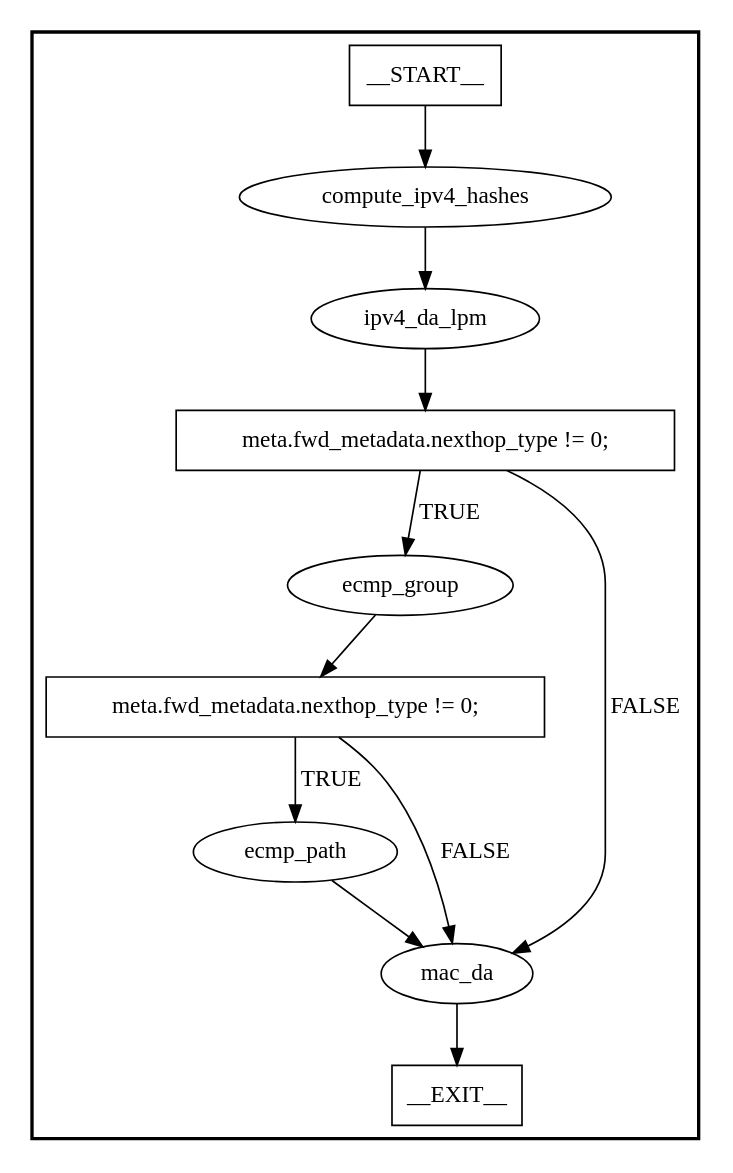
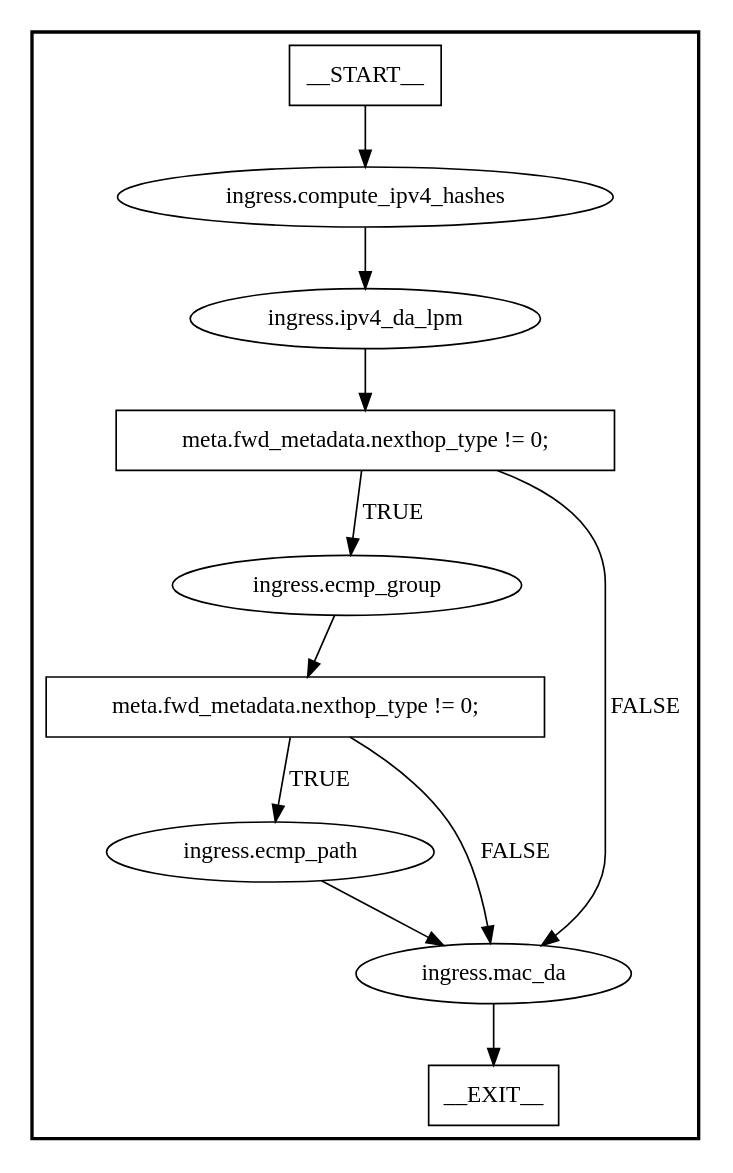
Before and after one commit to jafingerhut/p4-guide: the diagram in demo3/graphs/ingress.dot, drawn with Graphviz. The commit also changed 32 other files, not shown here.

Commit message:
Update .dot and .png graphs to those generated with p4c-graphs of 2018-Oct-20

```diff
--- a/demo3/graphs/ingress.dot
+++ b/demo3/graphs/ingress.dot
@@ -1,25 +1,25 @@
 digraph ingress {
 subgraph cluster {
 graph [
 label="", labeljust=r, style=bold];
 0[label=__START__, margin="", shape=rectangle, style=solid];
 1[label=__EXIT__, margin="", shape=rectangle, style=solid];
-2[label=compute_ipv4_hashes, margin="", shape=ellipse, style=solid];
-3[label=ipv4_da_lpm, margin="", shape=ellipse, style=solid];
+2[label="ingress.compute_ipv4_hashes", margin="", shape=ellipse, style=solid];
+3[label="ingress.ipv4_da_lpm", margin="", shape=ellipse, style=solid];
 4[label="meta.fwd_metadata.nexthop_type != 0;", margin="", shape=rectangle, style=solid];
-5[label=ecmp_group, margin="", shape=ellipse, style=solid];
+5[label="ingress.ecmp_group", margin="", shape=ellipse, style=solid];
 6[label="meta.fwd_metadata.nexthop_type != 0;", margin="", shape=rectangle, style=solid];
-7[label=ecmp_path, margin="", shape=ellipse, style=solid];
-8[label=mac_da, margin="", shape=ellipse, style=solid];
+7[label="ingress.ecmp_path", margin="", shape=ellipse, style=solid];
+8[label="ingress.mac_da", margin="", shape=ellipse, style=solid];
 0 -> 2[label=""];
 2 -> 3[label=""];
 3 -> 4[label=""];
 4 -> 5[label=TRUE];
 4 -> 8[label=FALSE];
 5 -> 6[label=""];
 6 -> 7[label=TRUE];
 6 -> 8[label=FALSE];
 7 -> 8[label=""];
 8 -> 1[label=""];
 }
 }
```
